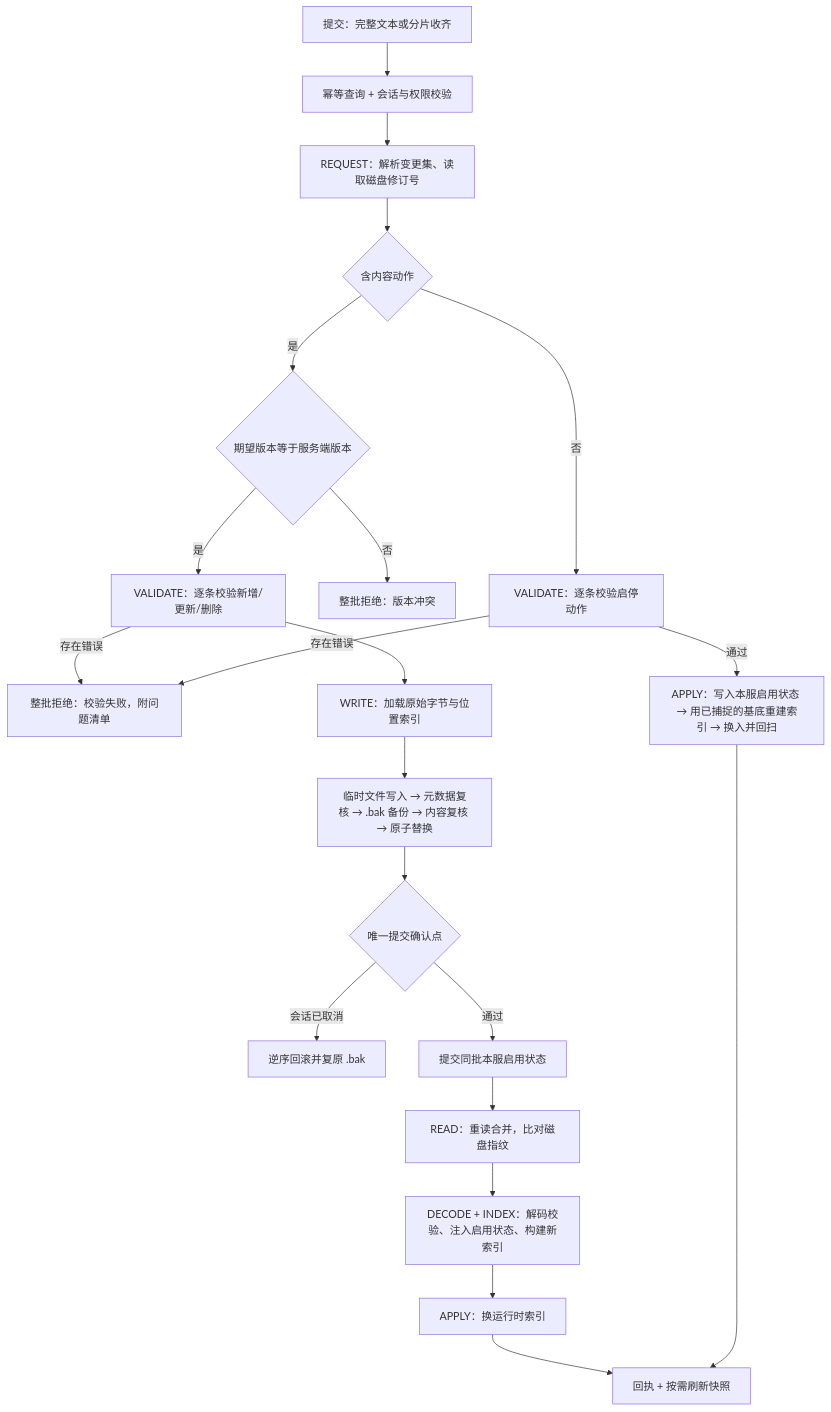
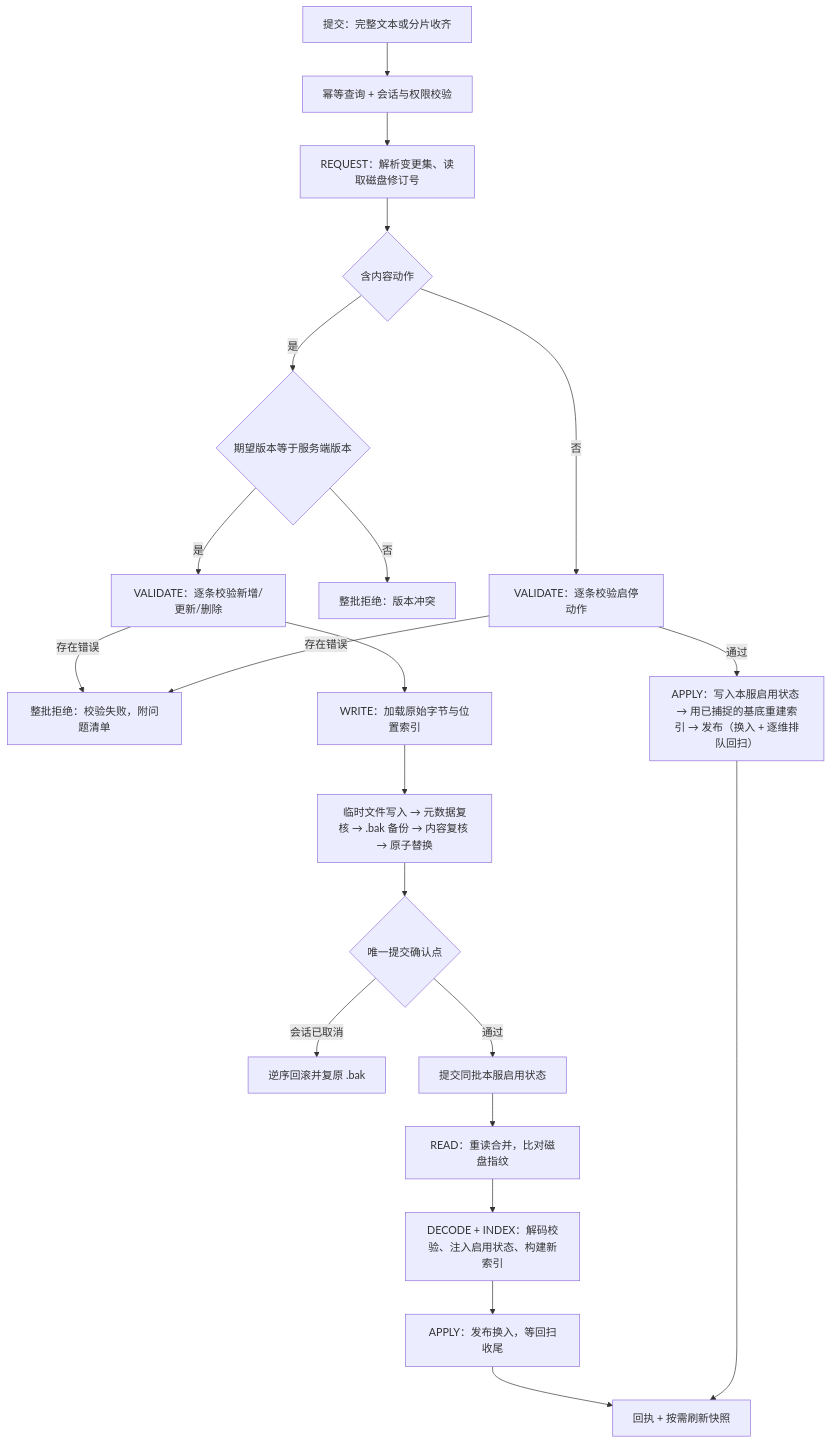
The third of 3 diagrams in docs/modules/authoring.md (meteoritel/item-despawn-to-what), drawn with Mermaid before and after one commit. The commit also changed other lines of this file and 12 other files, not shown here.

````diff
--- a/docs/modules/authoring.md
+++ b/docs/modules/authoring.md
@@ -140,23 +140,23 @@
 ```mermaid
 flowchart TB
     A["提交：完整文本或分片收齐"] --> B["幂等查询 + 会话与权限校验"]
     B --> C["REQUEST：解析变更集、读取磁盘修订号"]
     C --> Q{"含内容动作"}
     Q -->|"否"| V2["VALIDATE：逐条校验启停动作"]
     Q -->|"是"| D{"期望版本等于服务端版本"}
     D -->|"否"| R1["整批拒绝：版本冲突"]
     D -->|"是"| E["VALIDATE：逐条校验新增/更新/删除"]
     E -->|"存在错误"| R2["整批拒绝：校验失败，附问题清单"]
     V2 -->|"存在错误"| R2
-    V2 -->|"通过"| S0["APPLY：写入本服启用状态 → 用已捕捉的基底重建索引 → 换入并回扫"]
+    V2 -->|"通过"| S0["APPLY：写入本服启用状态 → 用已捕捉的基底重建索引 → 发布（换入 + 逐维排队回扫）"]
     E --> F["WRITE：加载原始字节与位置索引"]
     F --> G["临时文件写入 → 元数据复核 → .bak 备份 → 内容复核 → 原子替换"]
     G --> H{"唯一提交确认点"}
     H -->|"会话已取消"| RB["逆序回滚并复原 .bak"]
     H -->|"通过"| S1["提交同批本服启用状态"]
     S1 --> I["READ：重读合并，比对磁盘指纹"]
     I --> J["DECODE + INDEX：解码校验、注入启用状态、构建新索引"]
-    J --> K["APPLY：换运行时索引"]
+    J --> K["APPLY：发布换入，等回扫收尾"]
     K --> L["回执 + 按需刷新快照"]
     S0 --> L
 ```
````
